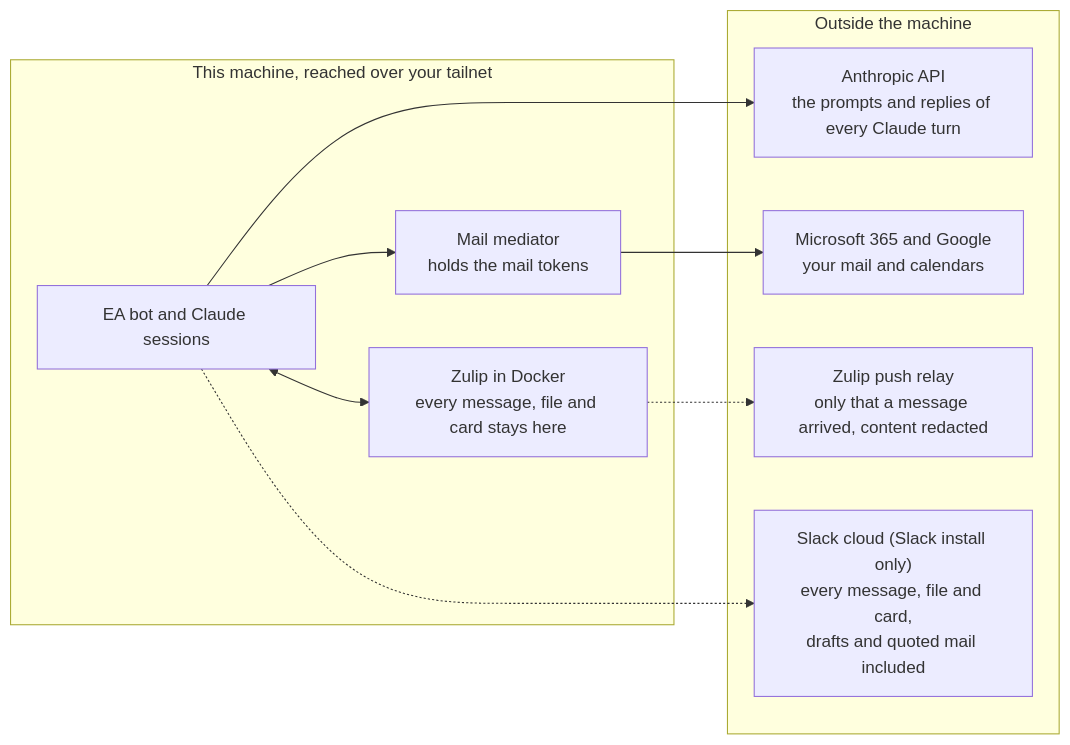
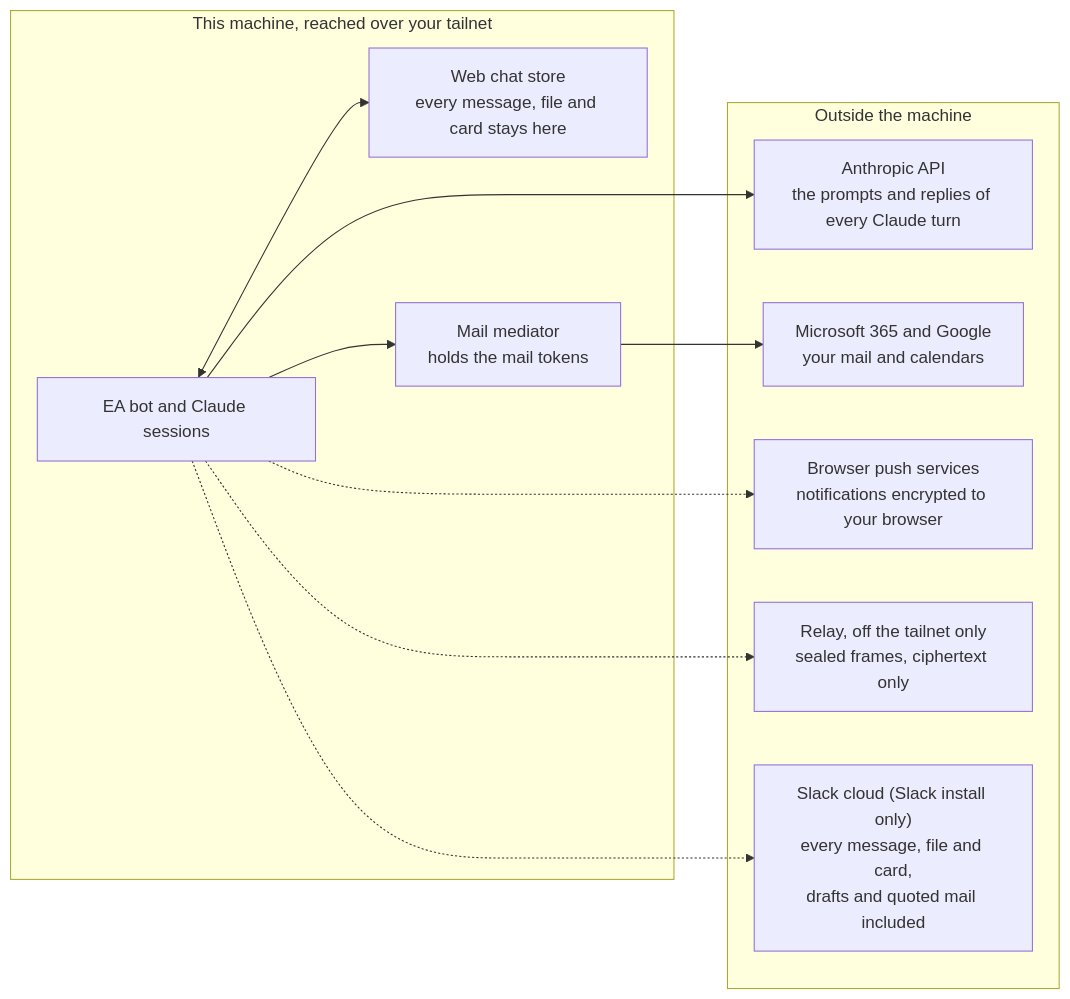
The diagram in docs/SECURITY.md (arpg/tacitus), drawn with Mermaid before and after one commit. The commit also changed other lines of this file and 220 other files, not shown here.

````diff
--- a/docs/SECURITY.md
+++ b/docs/SECURITY.md
@@ -265,20 +257,22 @@
 ```mermaid
 flowchart LR
     subgraph box["This machine, reached over your tailnet"]
         bot["EA bot and Claude sessions"]
-        zulip["Zulip in Docker<br/>every message, file and card stays here"]
+        web["Web chat store<br/>every message, file and card stays here"]
         med["Mail mediator<br/>holds the mail tokens"]
-        bot <--> zulip
+        bot <--> web
         bot --> med
     end
     subgraph outside["Outside the machine"]
         anth["Anthropic API<br/>the prompts and replies of every Claude turn"]
         mail["Microsoft 365 and Google<br/>your mail and calendars"]
-        push["Zulip push relay<br/>only that a message arrived, content redacted"]
+        push["Browser push services<br/>notifications encrypted to your browser"]
+        relay["Relay, off the tailnet only<br/>sealed frames, ciphertext only"]
         slack["Slack cloud (Slack install only)<br/>every message, file and card,<br/>drafts and quoted mail included"]
     end
     bot --> anth
     med --> mail
-    zulip -.-> push
+    bot -.-> push
+    bot -.-> relay
     bot -.-> slack
 ```
````
